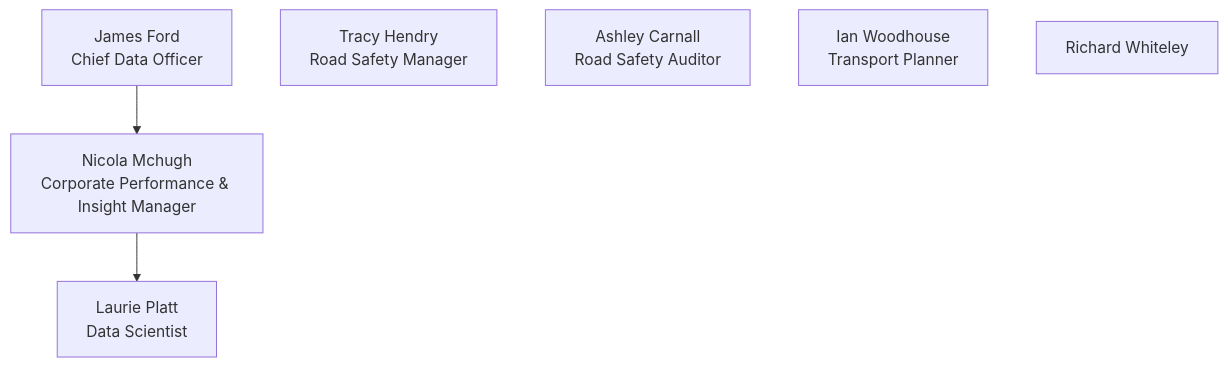
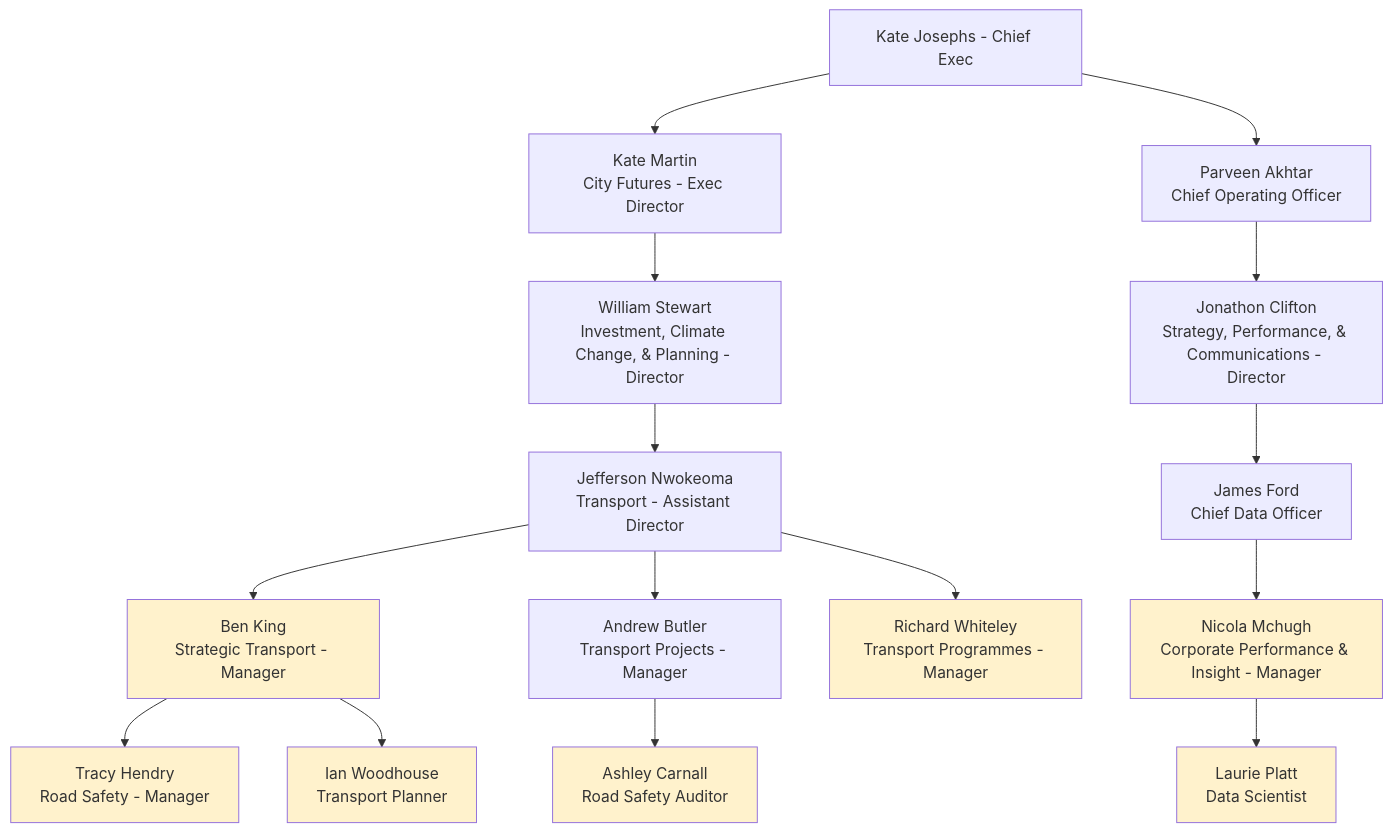
The first of 2 diagrams in background.qmd (scc-pi/traffic-collisions), drawn with Mermaid before and after one commit. The commit also changed other lines of this file and 1 other file, not shown here.

Commit message:
People intro

````diff
--- a/background.qmd
+++ b/background.qmd
@@ -28,18 +44,41 @@
 ```{mermaid}
-%%| label: gap-analysis
+%%| label: people
 %%| fig-cap: "Figure: People & Services"
 %%| echo: true
 %%| code-fold: hide
 
 flowchart TD
 
-    Data1["James Ford<br/>Chief Data Officer"]
-    Data2["Nicola Mchugh<br/>Corporate Performance & Insight Manager"]
-    Data3["Laurie Platt<br/>Data Scientist"] 
-    RS1["Tracy Hendry<br/>Road Safety Manager"]
-    RS2["Ashley Carnall<br/>Road Safety Auditor"]
-    RS3["Ian Woodhouse<br/>Transport Planner"]
-    Programme1["Richard Whiteley"]
+    Top1[Kate Josephs - Chief Exec]
+    Top2[Kate Martin<br/>City Futures - Exec Director]
+    Top3[Parveen Akhtar<br/>Chief Operating Officer]
     
-    Data1 --> Data2 --> Data3
+    Transport1["William Stewart<br/>Investment, Climate Change, & Planning - Director"]
+    Transport2["Jefferson Nwokeoma<br/>Transport - Assistant Director"]
+
+    Safety1["Ben King<br/>Strategic Transport - Manager"]:::yellow
+    Safety2["Tracy Hendry<br/>Road Safety - Manager"]:::yellow 
+    Safety3["Ian Woodhouse<br/>Transport Planner"]:::yellow 
+    Projects1["Andrew Butler<br/>Transport Projects - Manager"]
+    Projects2["Ashley Carnall<br/>Road Safety Auditor"]:::yellow 
+    Programmes1["Richard Whiteley<br/>Transport Programmes - Manager"]:::yellow 
+
+    Data1["Jonathon Clifton<br/>Strategy, Performance, & Communications - Director"]
+    Data2["James Ford<br/>Chief Data Officer"]
+    Data3["Nicola Mchugh<br/>Corporate Performance & Insight - Manager"]:::yellow
+    Data4["Laurie Platt<br/>Data Scientist"]:::yellow 
+    
+    Top1 --> Top2
+    Top1 --> Top3
+
+    Top2 --> Transport1 --> Transport2
+    Transport2 --> Safety1
+    Safety1 --> Safety2
+    Safety1 --> Safety3
+    Transport2 --> Projects1 --> Projects2
+    Transport2 --> Programmes1
+    
+    Top3 --> Data1 --> Data2 --> Data3 --> Data4
+
+    classDef yellow fill:#FFF2CC
 ```
````
